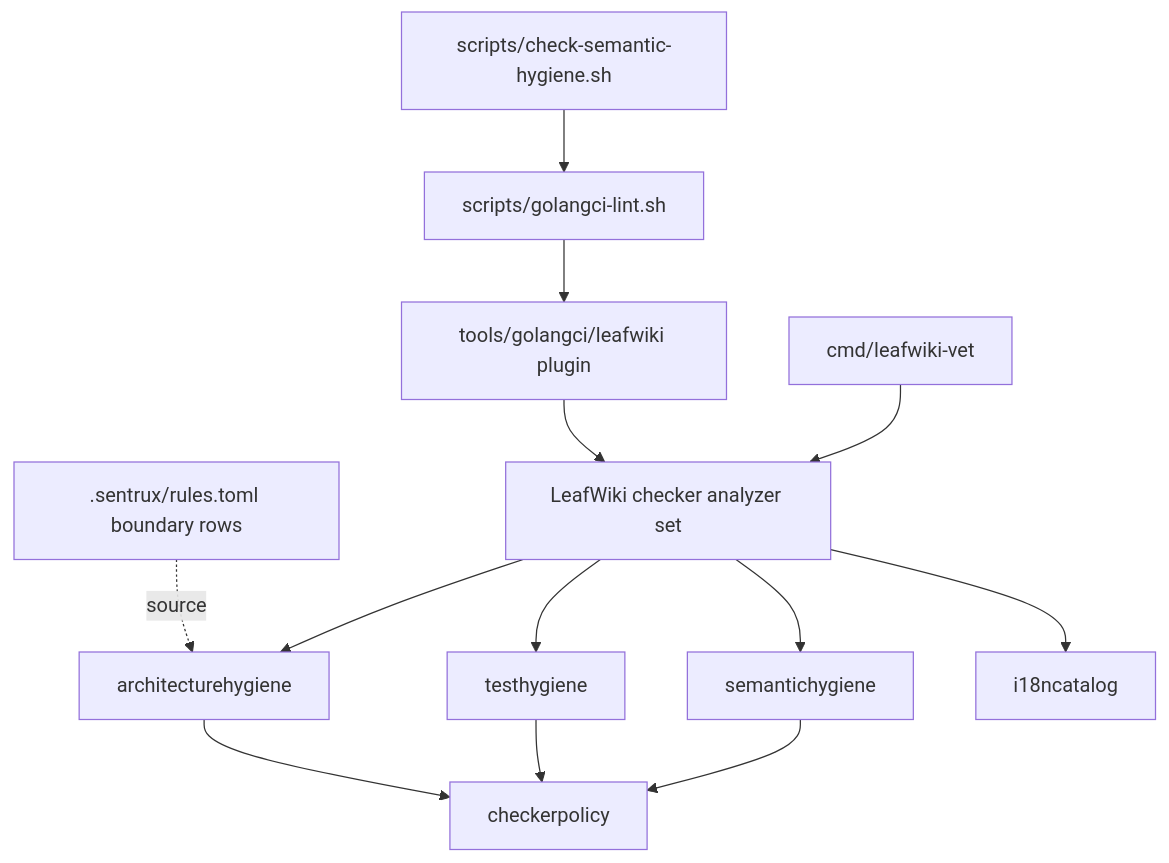
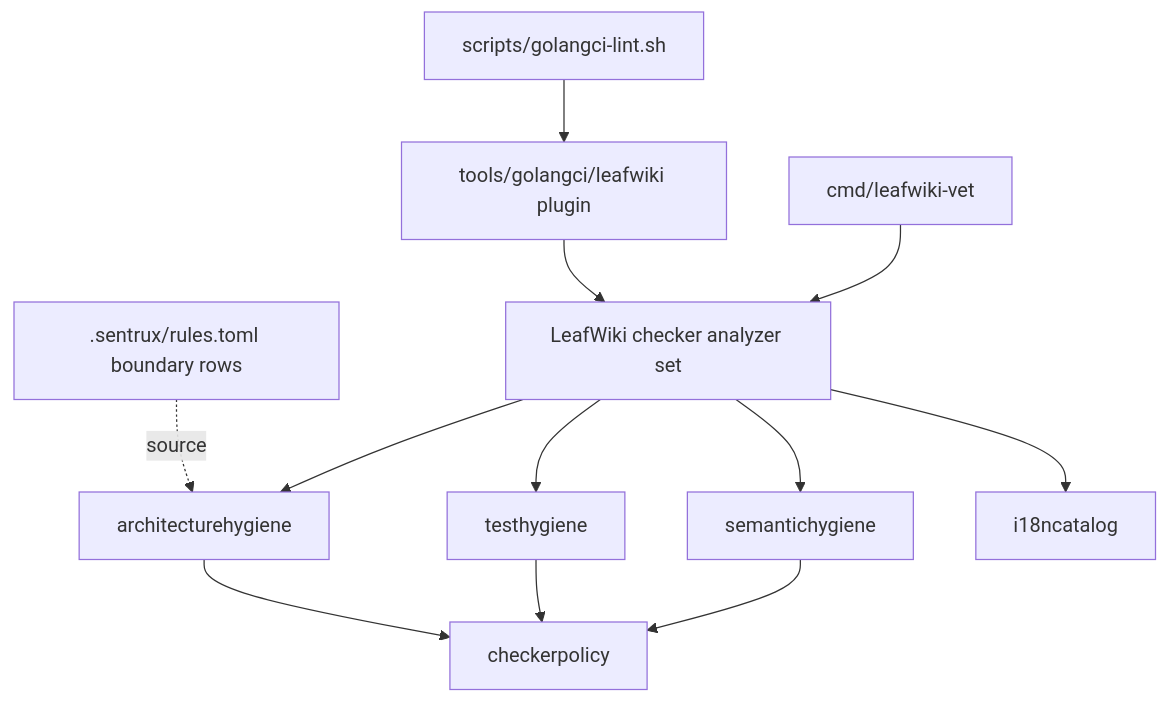
Before and after one commit to jtomanik/leafwiki: the first of 2 diagrams in docs/plans/leafwiki-vet-architecture-hygiene.PLAN.md, drawn with Mermaid. The commit also changed other lines of this file and 120 other files, not shown here.

````diff
--- a/docs/plans/leafwiki-vet-architecture-hygiene.PLAN.md
+++ b/docs/plans/leafwiki-vet-architecture-hygiene.PLAN.md
@@ -221,18 +221,17 @@
 ```mermaid
 graph TD
     Vet["cmd/leafwiki-vet"] --> Suite["LeafWiki checker analyzer set"]
     Golangci["tools/golangci/leafwiki plugin"] --> Suite
-    Wrapper["scripts/check-semantic-hygiene.sh"] --> Gate["scripts/golangci-lint.sh"]
-    Gate --> Golangci
+    Gate["scripts/golangci-lint.sh"] --> Golangci
 
     Suite --> Sem["semantichygiene"]
     Suite --> Test["testhygiene"]
     Suite --> Arch["architecturehygiene"]
     Suite --> I18n["i18ncatalog"]
 
     Sem --> Policy["checkerpolicy"]
     Test --> Policy
     Arch --> Policy
 
     Sentrux[".sentrux/rules.toml boundary rows"] -.source.-> Arch
 ```
````
